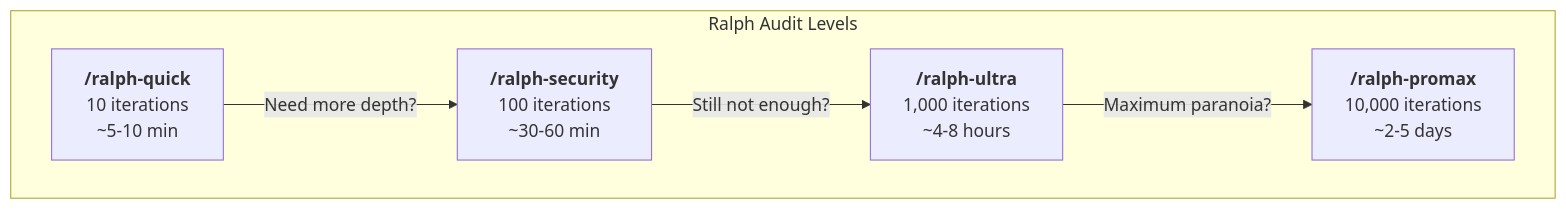
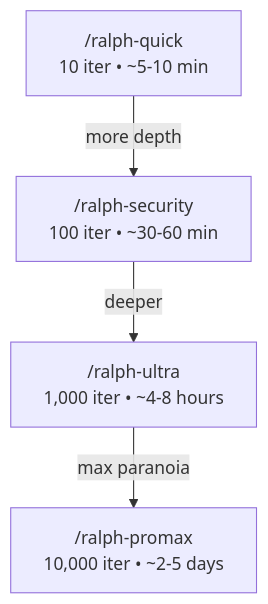
Before and after one commit to dorukardahan/ralph-audit-commands: the second of 2 diagrams in README.md, drawn with Mermaid. The commit also changed other lines of this file, not shown here.

Commit message:
Fix mermaid diagrams - use TB layout to avoid GitHub control button overlap

````diff
--- a/README.md
+++ b/README.md
@@ -48,13 +48,11 @@
 ```mermaid
 flowchart TB
-    subgraph "Ralph Audit Levels"
-        Q["<b>/ralph-quick</b><br/>10 iterations<br/>~5-10 min"]
-        S["<b>/ralph-security</b><br/>100 iterations<br/>~30-60 min"]
-        U["<b>/ralph-ultra</b><br/>1,000 iterations<br/>~4-8 hours"]
-        P["<b>/ralph-promax</b><br/>10,000 iterations<br/>~2-5 days"]
-    end
+    Q["/ralph-quick<br/>10 iter • ~5-10 min"]
+    S["/ralph-security<br/>100 iter • ~30-60 min"]
+    U["/ralph-ultra<br/>1,000 iter • ~4-8 hours"]
+    P["/ralph-promax<br/>10,000 iter • ~2-5 days"]
 
-    Q -->|"Need more depth?"| S
-    S -->|"Still not enough?"| U
-    U -->|"Maximum paranoia?"| P
+    Q -->|more depth| S
+    S -->|deeper| U
+    U -->|max paranoia| P
 ```
````
